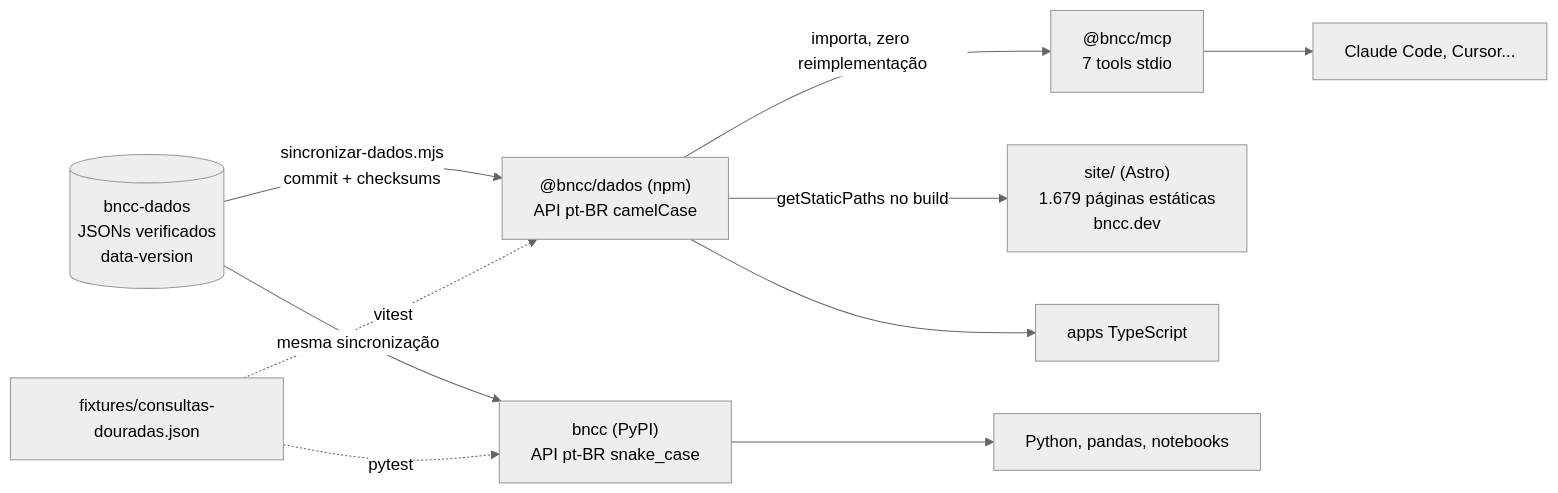
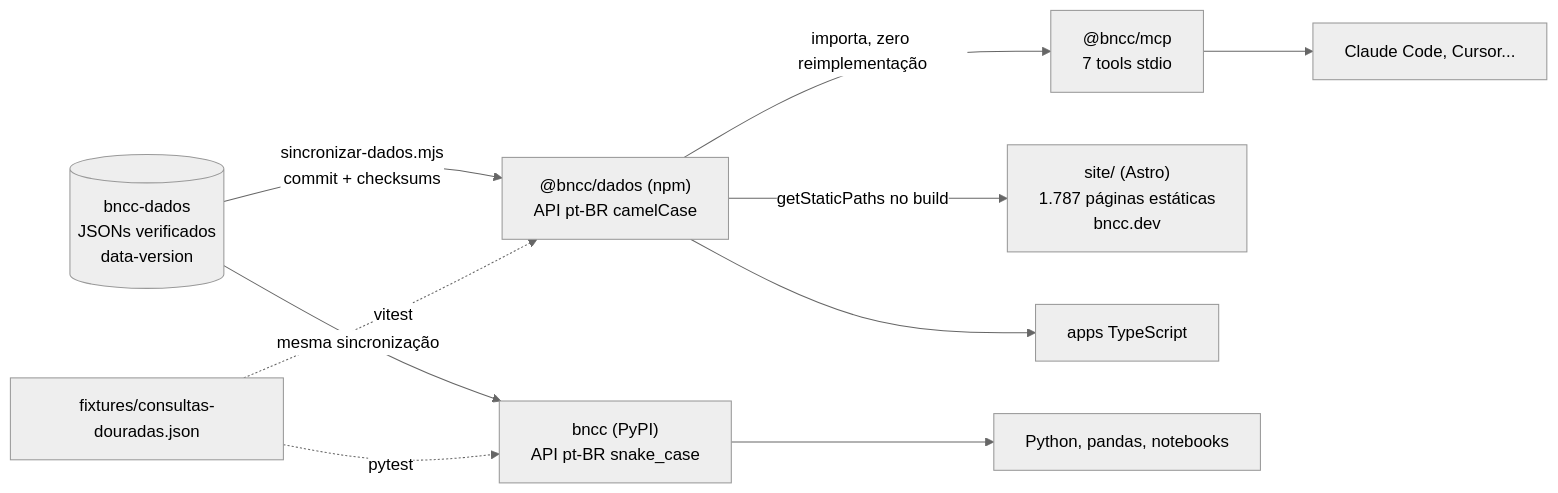
One commit to bncc-dev/bncc-pacotes changed the diagram in docs/arquitetura.md. Above: the diagram before and after it, drawn with Mermaid (neutral theme). The commit also changed other lines of this file and 24 other files, not shown here.

````diff
--- a/docs/arquitetura.md
+++ b/docs/arquitetura.md
@@ -9,12 +9,12 @@
 ```mermaid
 flowchart LR
     DADOS[("bncc-dados<br/>JSONs verificados<br/>data-version")] -->|sincronizar-dados.mjs<br/>commit + checksums| NPM["@bncc/dados (npm)<br/>API pt-BR camelCase"]
     DADOS -->|mesma sincronização| PY["bncc (PyPI)<br/>API pt-BR snake_case"]
     NPM -->|importa, zero reimplementação| MCP["@bncc/mcp<br/>7 tools stdio"]
     FIX["fixtures/consultas-douradas.json"] -.->|vitest| NPM
     FIX -.->|pytest| PY
     MCP --> AGENTES["Claude Code, Cursor..."]
-    NPM -->|getStaticPaths no build| SITE["site/ (Astro)<br/>1.679 páginas estáticas<br/>bncc.dev"]
+    NPM -->|getStaticPaths no build| SITE["site/ (Astro)<br/>1.787 páginas estáticas<br/>bncc.dev"]
     NPM --> APPS["apps TypeScript"]
     PY --> CIENCIA["Python, pandas, notebooks"]
 ```
````
